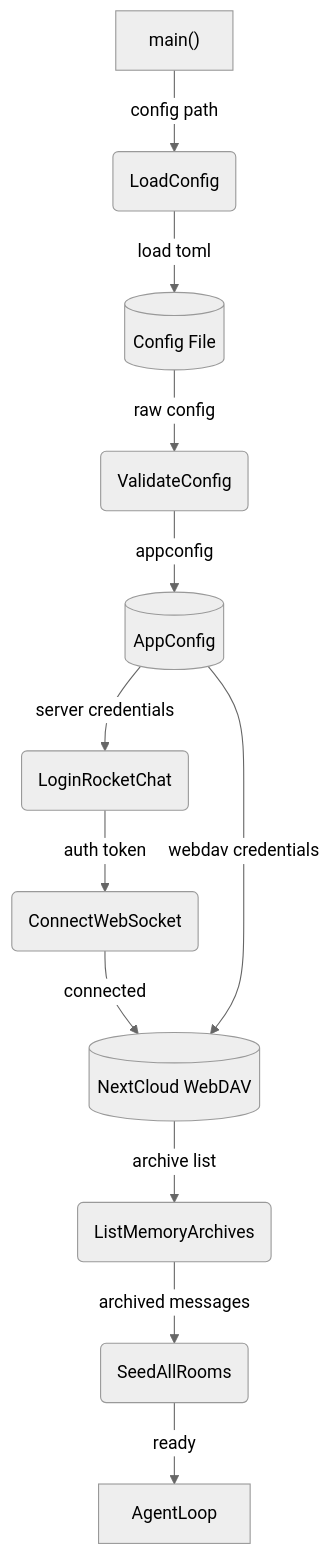
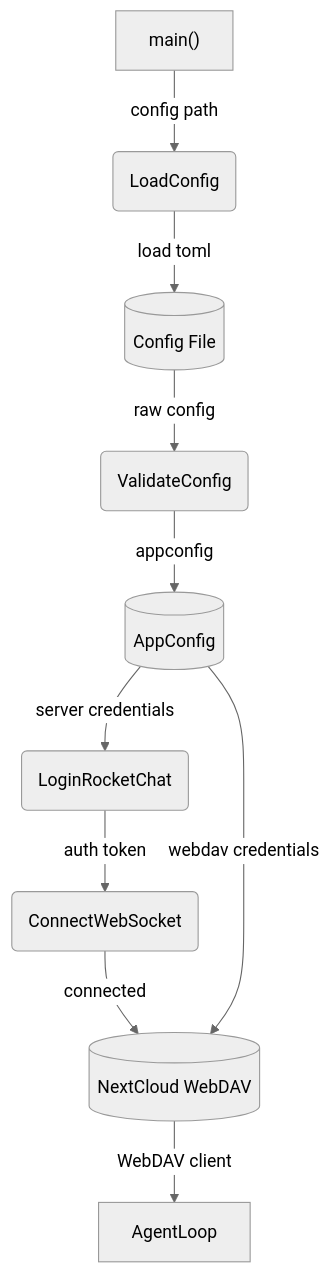
The third of 4 diagrams in _dfds/agent-loop.md (cosmoswafer/rockbot), drawn with Mermaid (neutral theme) before and after one commit. The commit also changed other lines of this file and 8 other files, not shown here.

````diff
--- a/_dfds/agent-loop.md
+++ b/_dfds/agent-loop.md
@@ -116,26 +113,22 @@
 ```mermaid
 flowchart TD
     START["main()"]
     CFG(LoadConfig)
     TOML[(Config File)]
     VALIDATE(ValidateConfig)
     LOGIN(LoginRocketChat)
     CONNECT(ConnectWebSocket)
     DAV[(NextCloud WebDAV)]
-    LIST_MEM(ListMemoryArchives)
-    SEED(SeedAllRooms)
     LOOP[AgentLoop]
     CFG_STORE[(AppConfig)]
 
     START -->|"config path"| CFG
     CFG -->|"load toml"| TOML
     TOML -->|"raw config"| VALIDATE
     VALIDATE -->|"appconfig"| CFG_STORE
     CFG_STORE -->|"server credentials"| LOGIN
     LOGIN -->|"auth token"| CONNECT
     CONNECT -->|"connected"| DAV
     CFG_STORE -->|"webdav credentials"| DAV
-    DAV -->|"archive list"| LIST_MEM
-    LIST_MEM -->|"archived messages"| SEED
-    SEED -->|"ready"| LOOP
+    DAV -->|"WebDAV client"| LOOP
 ```
````
